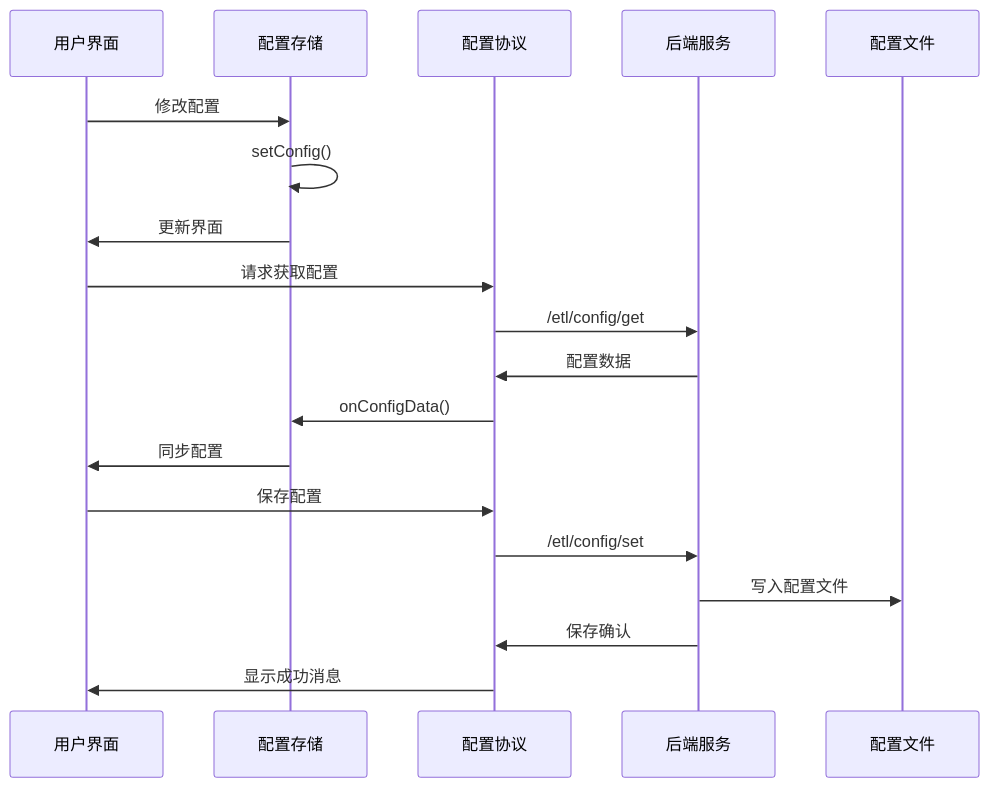
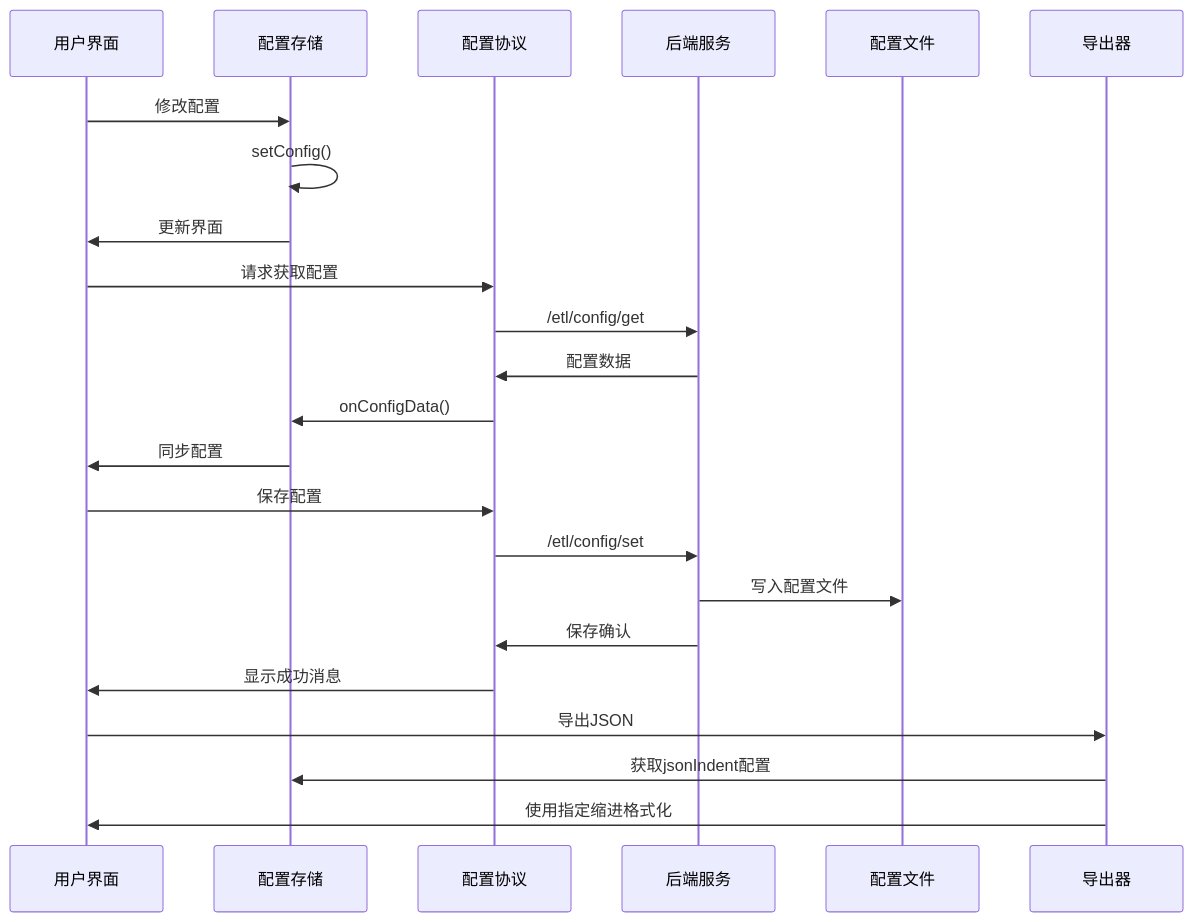
Before and after one commit to kqcoxn/MaaPipelineEditor: the third of 15 diagrams in .qoder/repowiki/zh/content/Config Store.md, drawn with Mermaid. The commit also changed other lines of this file and 16 other files, not shown here.

````diff
--- a/.qoder/repowiki/zh/content/Config Store.md
+++ b/.qoder/repowiki/zh/content/Config Store.md
@@ -129,21 +166,25 @@
 ```mermaid
 sequenceDiagram
 participant UI as 用户界面
 participant Store as 配置存储
 participant Protocol as 配置协议
 participant Backend as 后端服务
 participant File as 配置文件
+participant Exporter as 导出器
 UI->>Store : 修改配置
 Store->>Store : setConfig()
 Store->>UI : 更新界面
 UI->>Protocol : 请求获取配置
 Protocol->>Backend : /etl/config/get
 Backend->>Protocol : 配置数据
 Protocol->>Store : onConfigData()
 Store->>UI : 同步配置
 UI->>Protocol : 保存配置
 Protocol->>Backend : /etl/config/set
 Backend->>File : 写入配置文件
 Backend->>Protocol : 保存确认
 Protocol->>UI : 显示成功消息
+UI->>Exporter : 导出JSON
+Exporter->>Store : 获取jsonIndent配置
+Exporter->>UI : 使用指定缩进格式化
 ```
````
